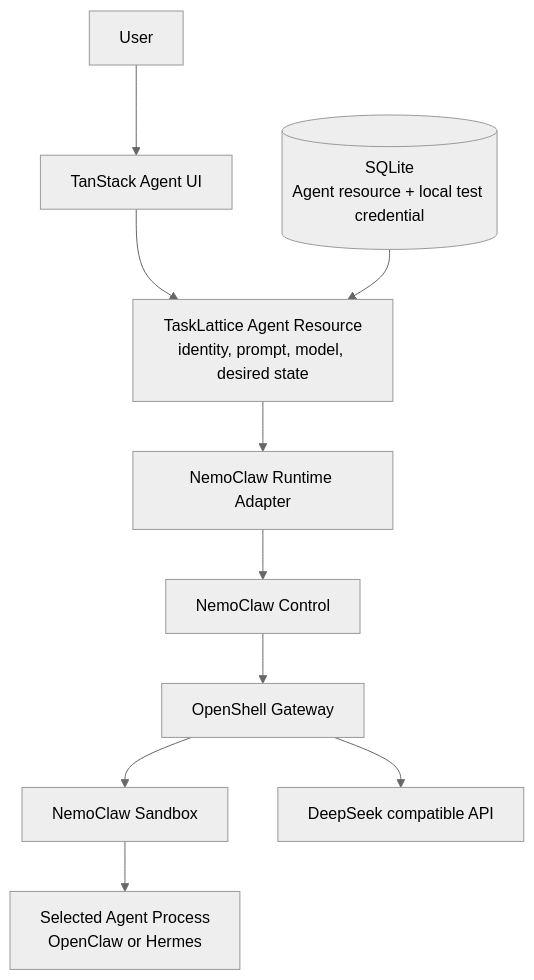
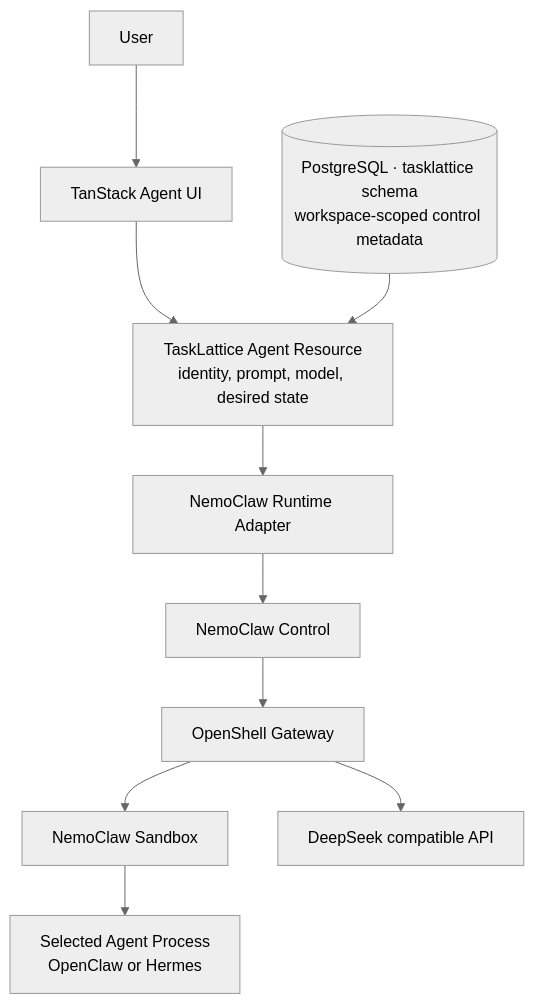
Before and after one commit to feng2009-hub/tasklattice-relay: the first of 2 diagrams in docs/mvp-core-flow.md, drawn with Mermaid (neutral theme). The commit also changed other lines of this file and 98 other files, not shown here.

Commit message:
feat(control): migrate control plane to Prisma PostgreSQL

````diff
--- a/docs/mvp-core-flow.md
+++ b/docs/mvp-core-flow.md
@@ -19,12 +19,12 @@
 ```mermaid
 flowchart TD
     USER["User"] --> UI["TanStack Agent UI"]
     UI --> RESOURCE["TaskLattice Agent Resource<br/>identity, prompt, model, desired state"]
-    DB[("SQLite<br/>Agent resource + local test credential")] --> RESOURCE
+    DB[("PostgreSQL · tasklattice schema<br/>workspace-scoped control metadata")] --> RESOURCE
     RESOURCE --> ADAPTER["NemoClaw Runtime Adapter"]
     ADAPTER --> CONTROL["NemoClaw Control"]
     CONTROL --> GATEWAY["OpenShell Gateway"]
     GATEWAY --> SANDBOX["NemoClaw Sandbox"]
     SANDBOX --> AGENT["Selected Agent Process<br/>OpenClaw or Hermes"]
     GATEWAY --> INFERENCE["DeepSeek compatible API"]
 ```
````
